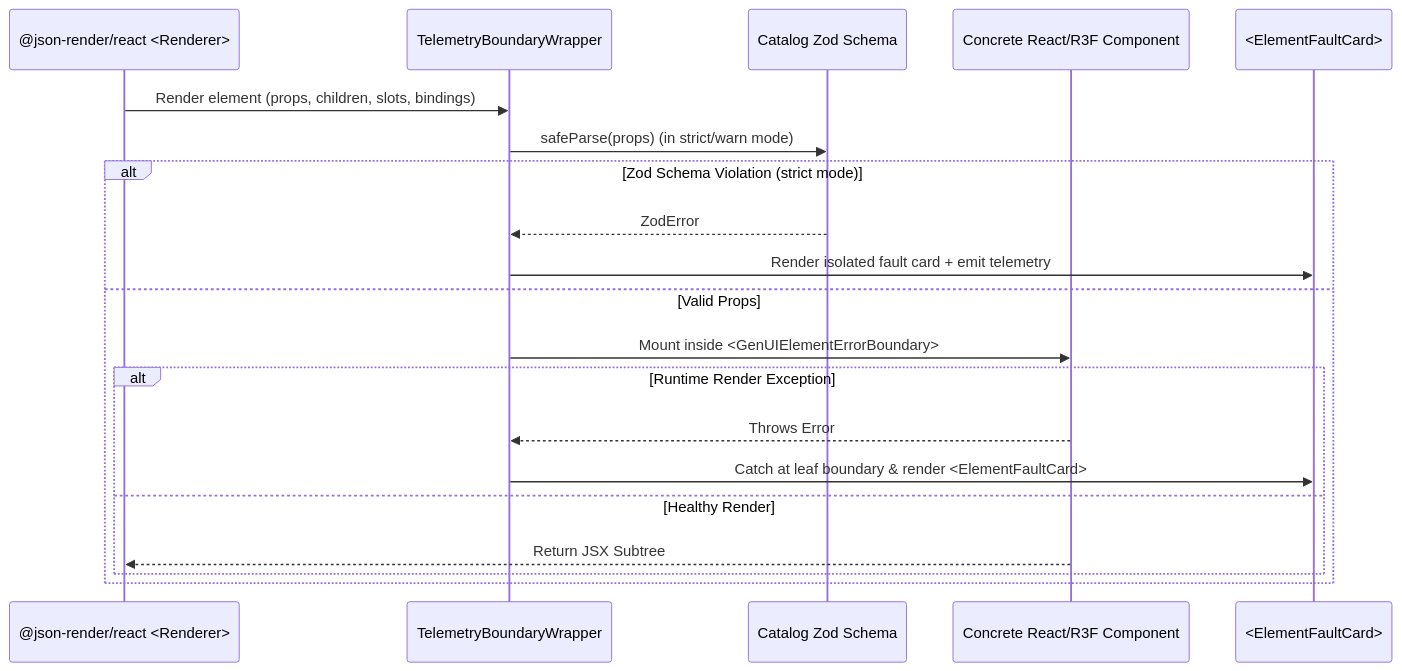
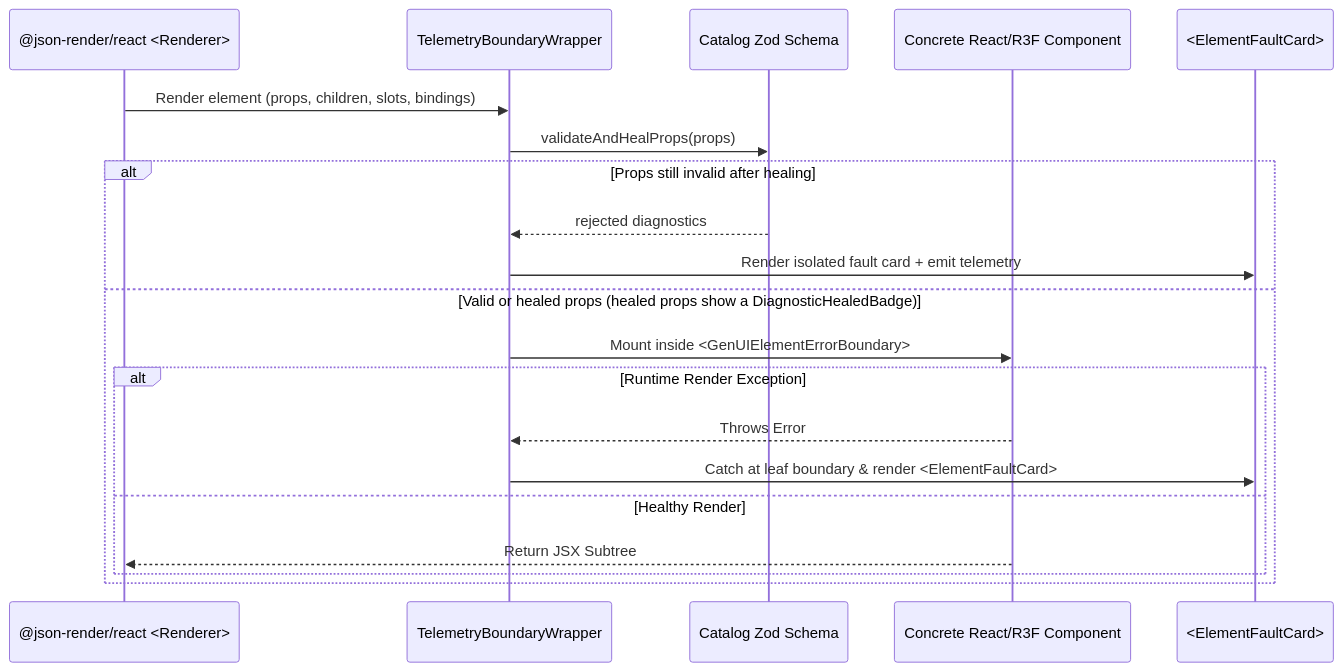
One commit to NOBA235/GenUI-kit changed the second of 2 diagrams in .kiro/specs/core-skeleton/design.md. Above: the diagram before and after it, drawn with Mermaid. The commit also changed other lines of this file and 20 other files, not shown here.

````diff
--- a/.kiro/specs/core-skeleton/design.md
+++ b/.kiro/specs/core-skeleton/design.md
@@ -132,23 +150,23 @@
 ```mermaid
 sequenceDiagram
     participant R as @json-render/react <Renderer>
     participant W as TelemetryBoundaryWrapper
     participant Z as Catalog Zod Schema
     participant C as Concrete React/R3F Component
     participant F as <ElementFaultCard>
 
     R->>W: Render element (props, children, slots, bindings)
-    W->>Z: safeParse(props) (in strict/warn mode)
-    alt Zod Schema Violation (strict mode)
-        Z-->>W: ZodError
+    W->>Z: validateAndHealProps(props)
+    alt Props still invalid after healing
+        Z-->>W: rejected diagnostics
         W->>F: Render isolated fault card + emit telemetry
-    else Valid Props
+    else Valid or healed props (healed props show a DiagnosticHealedBadge)
         W->>C: Mount inside <GenUIElementErrorBoundary>
         alt Runtime Render Exception
             C-->>W: Throws Error
             W->>F: Catch at leaf boundary & render <ElementFaultCard>
         else Healthy Render
             C-->>R: Return JSX Subtree
         end
     end
 ```
````
